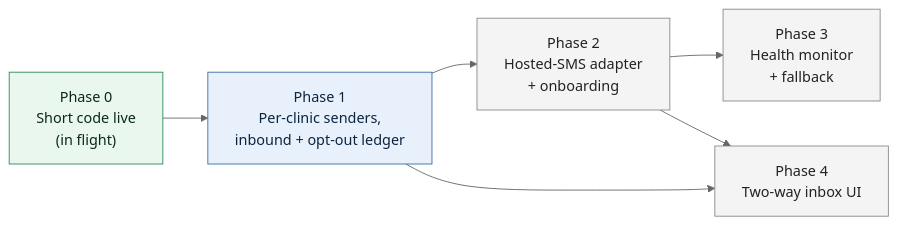
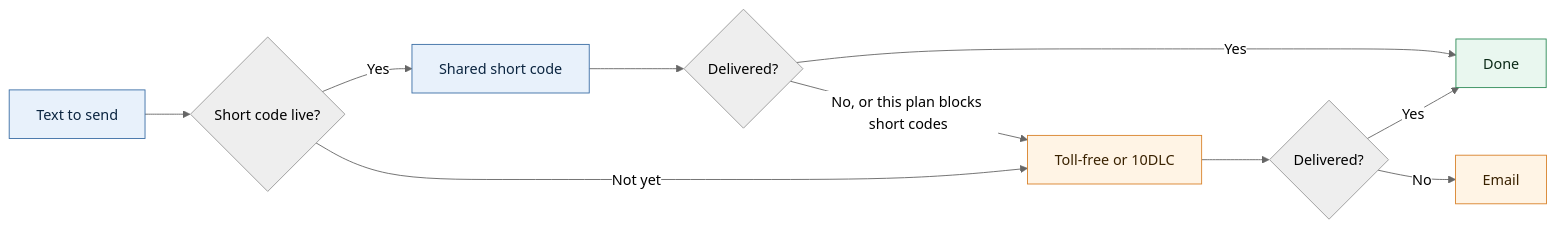
The diagram in docs/office-number-texting-report.md (daava-hq/shared-docs), drawn with Mermaid (neutral theme) before and after one commit. The commit also changed other lines of this file and 2 other files, not shown here.

Commit message:
docs: suggest short code now, with a toll-free or 10DLC fallback

````diff
--- a/docs/office-number-texting-report.md
+++ b/docs/office-number-texting-report.md
@@ -336,19 +30,19 @@
 ```mermaid
 flowchart LR
-  P0["Phase 0<br/>Short code live<br/>(in flight)"]
-  P1["Phase 1<br/>Per-clinic senders,<br/>inbound + opt-out ledger"]
-  P2["Phase 2<br/>Hosted-SMS adapter<br/>+ onboarding"]
-  P3["Phase 3<br/>Health monitor<br/>+ fallback"]
-  P4["Phase 4<br/>Two-way inbox UI"]
+  MSG["Text to send"] --> LIVE{"Short code live?"}
+  LIVE -->|Yes| SC["Shared short code"]
+  LIVE -->|Not yet| FB["Toll-free or 10DLC"]
+  SC --> OK{"Delivered?"}
+  OK -->|Yes| DONE["Done"]
+  OK -->|No, or this plan blocks short codes| FB
+  FB --> STILL{"Delivered?"}
+  STILL -->|Yes| DONE
+  STILL -->|No| EMAIL["Email"]
 
-  P0 --> P1 --> P2 --> P3
-  P1 --> P4
-  P2 --> P4
-
+  classDef now fill:#e8f1fb,stroke:#3b6ea5,color:#0b2540;
+  classDef fall fill:#fff4e5,stroke:#d9822b,color:#3a2200;
   classDef done fill:#e9f7ef,stroke:#2e8b57,color:#0b2a17;
-  classDef next fill:#e8f1fb,stroke:#3b6ea5,color:#0b2540;
-  classDef later fill:#f4f4f4,stroke:#8a8a8a,color:#222;
-  class P0 done;
-  class P1 next;
-  class P2,P3,P4 later;
+  class MSG,SC now;
+  class FB,EMAIL fall;
+  class DONE done;
 ```
````
